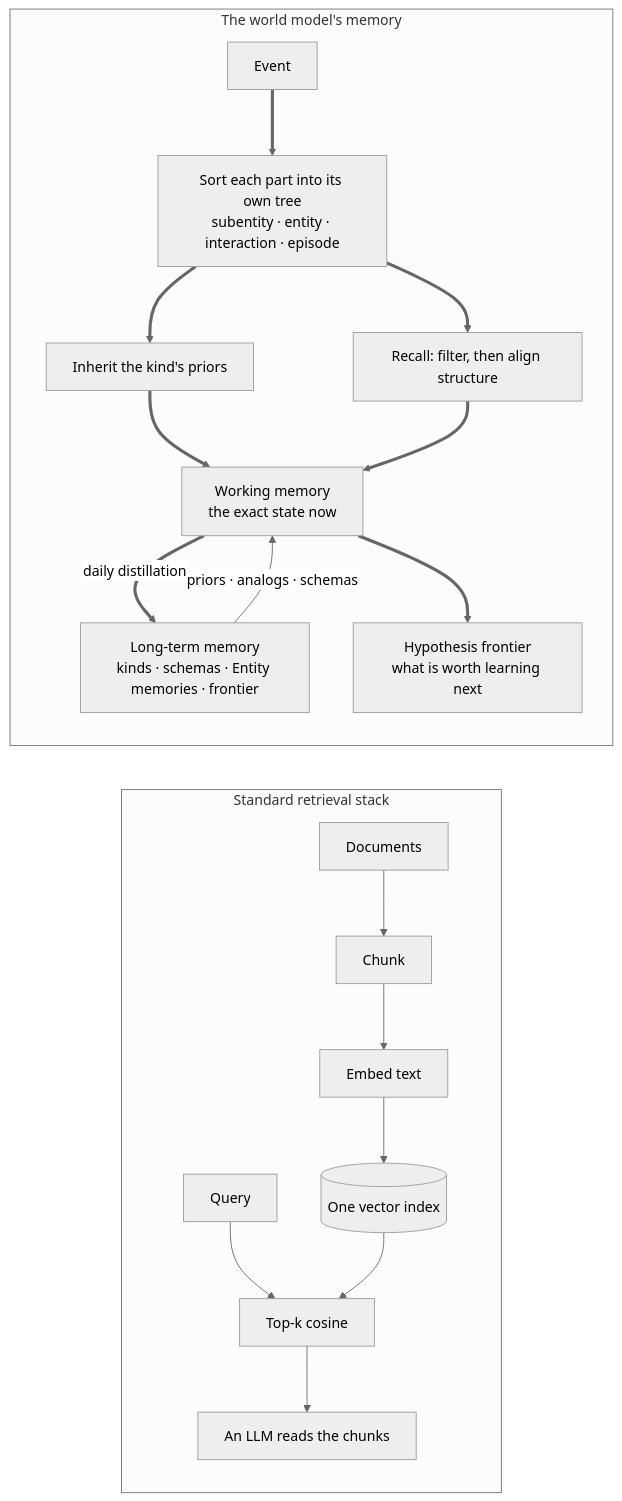
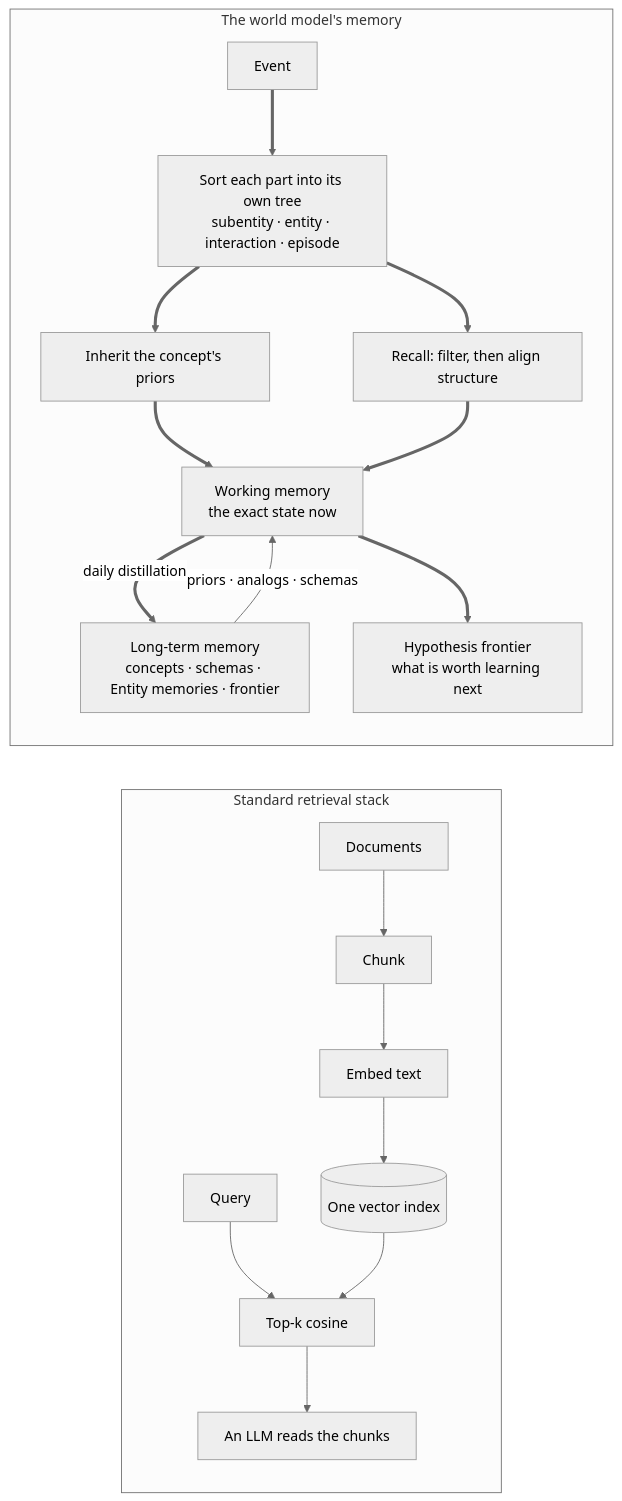
The diagram in docs/design/diagrams/memory-vs-retrieval.mmd (Axelrod-AI-Engineering/world-model), drawn with Mermaid (neutral theme) before and after one commit. The commit also changed 59 other files, not shown here.

First line of the commit message:
Sally polish: a lean transmission path, concept outlines, "concept" for kind, faster forecasts, and a CSS fix

```diff
--- a/docs/design/diagrams/memory-vs-retrieval.mmd
+++ b/docs/design/diagrams/memory-vs-retrieval.mmd
@@ -1,17 +1,17 @@
 flowchart LR
   subgraph STD["Standard retrieval stack"]
     direction TB
     D1["Documents"]:::ext --> C1["Chunk"]:::step --> E1["Embed text"]:::step --> V1[("One vector index")]:::store
     Q1["Query"]:::ext --> K1["Top-k cosine"]:::step
     V1 --> K1 --> L1["An LLM reads the chunks"]:::done
   end
   subgraph OURS["The world model's memory"]
     direction TB
     D2["Event"]:::start ==> S2["Sort each part into its own tree<br/>subentity · entity · interaction · episode"]:::ltm
-    S2 ==> P2["Inherit the kind's priors"]:::ltm
+    S2 ==> P2["Inherit the concept's priors"]:::ltm
     S2 ==> R2["Recall: filter, then align structure"]:::ltm
     P2 & R2 ==> W2["Working memory<br/>the exact state now"]:::wm
-    W2 ==>|daily distillation| L2["Long-term memory<br/>kinds · schemas · Entity memories · frontier"]:::ltm
+    W2 ==>|daily distillation| L2["Long-term memory<br/>concepts · schemas · Entity memories · frontier"]:::ltm
     L2 -->|priors · analogs · schemas| W2
     W2 ==> H2["Hypothesis frontier<br/>what is worth learning next"]:::done
   end
```
